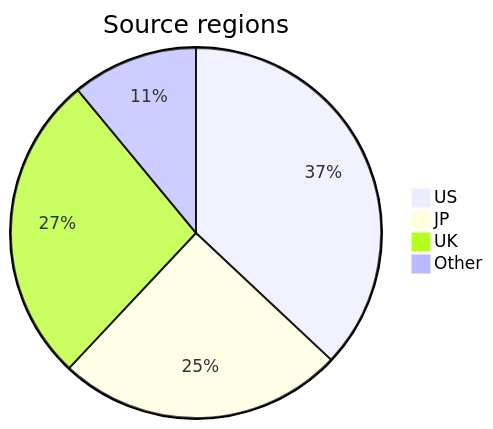
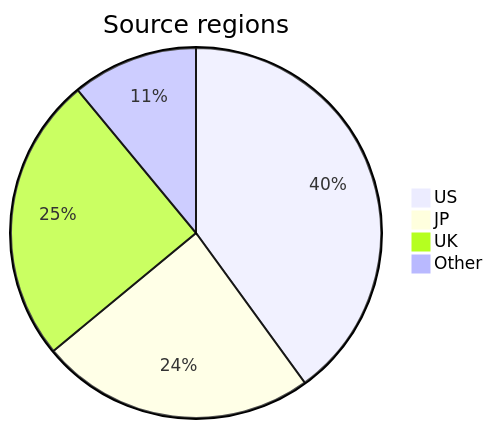
The diagram in gbc-census/docs/notes.md (ace-dent/gbc-hw), drawn with Mermaid before and after one commit. The commit also changed other lines of this file and 6 other files, not shown here.

````diff
--- a/gbc-census/docs/notes.md
+++ b/gbc-census/docs/notes.md
@@ -47,7 +47,8 @@
 ```mermaid
 pie title Source regions
-    "US" : 37
-    "JP" : 25
-    "UK" : 27
+    "US" : 40
+    "JP" : 24
+    "UK" : 25
     "Other" : 11
+    %% (percentage of total)
 ```
````
